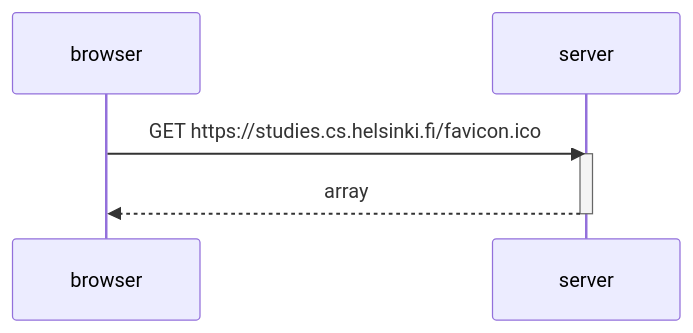
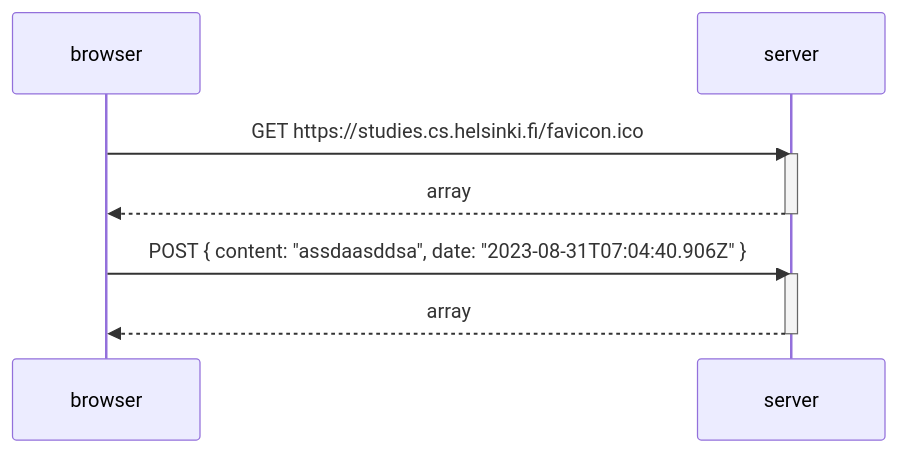
The diagram in part_0_4.md (valtteriper/FullstackOpen), drawn with Mermaid before and after one commit.

````diff
--- a/part_0_4.md
+++ b/part_0_4.md
@@ -1,10 +1,16 @@
 ```mermaid
 sequenceDiagram
     participant browser
     participant server
     
     browser->>server: GET https://studies.cs.helsinki.fi/favicon.ico
     activate server
     server-->>browser: array
     deactivate server
+
+    browser->>server: POST { content: "assdaasddsa", date: "2023-08-31T07:04:40.906Z" }
+    activate server
+    server-->>browser: array
+    deactivate server
+
 ```
````
